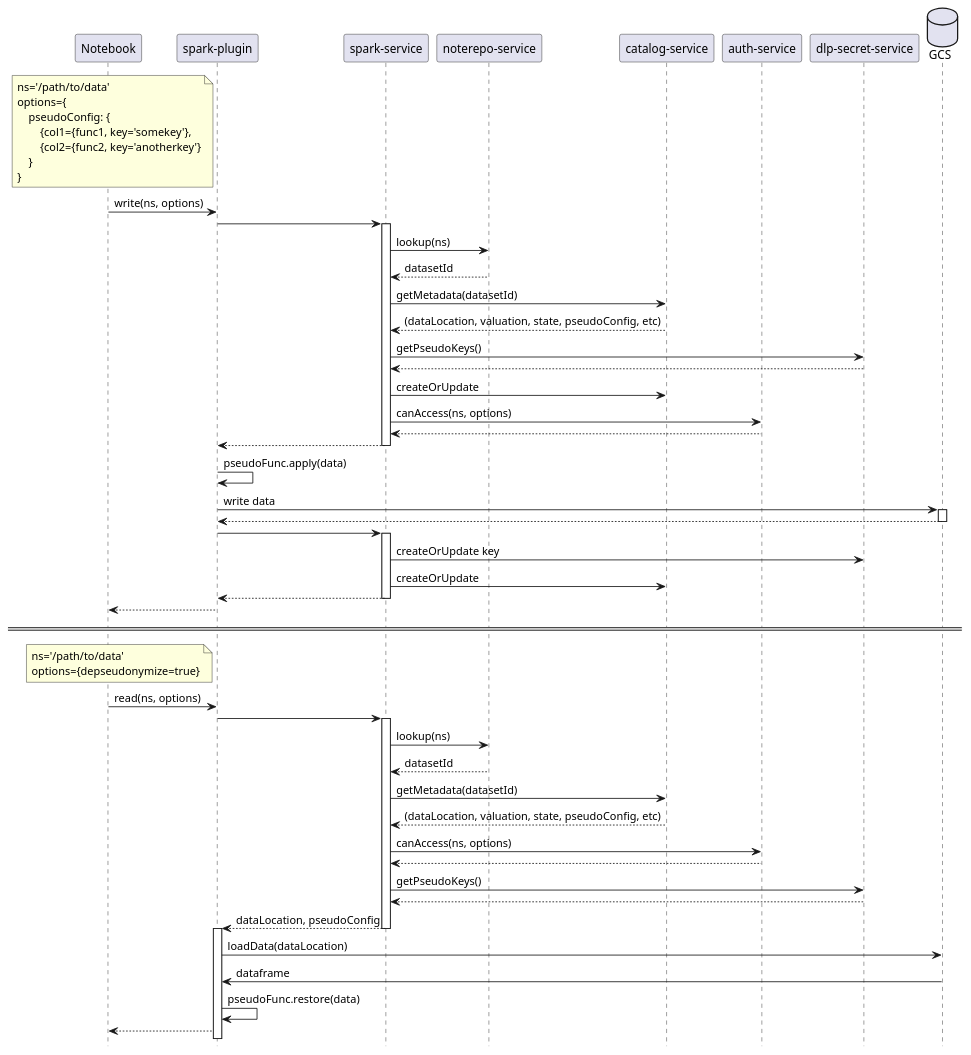
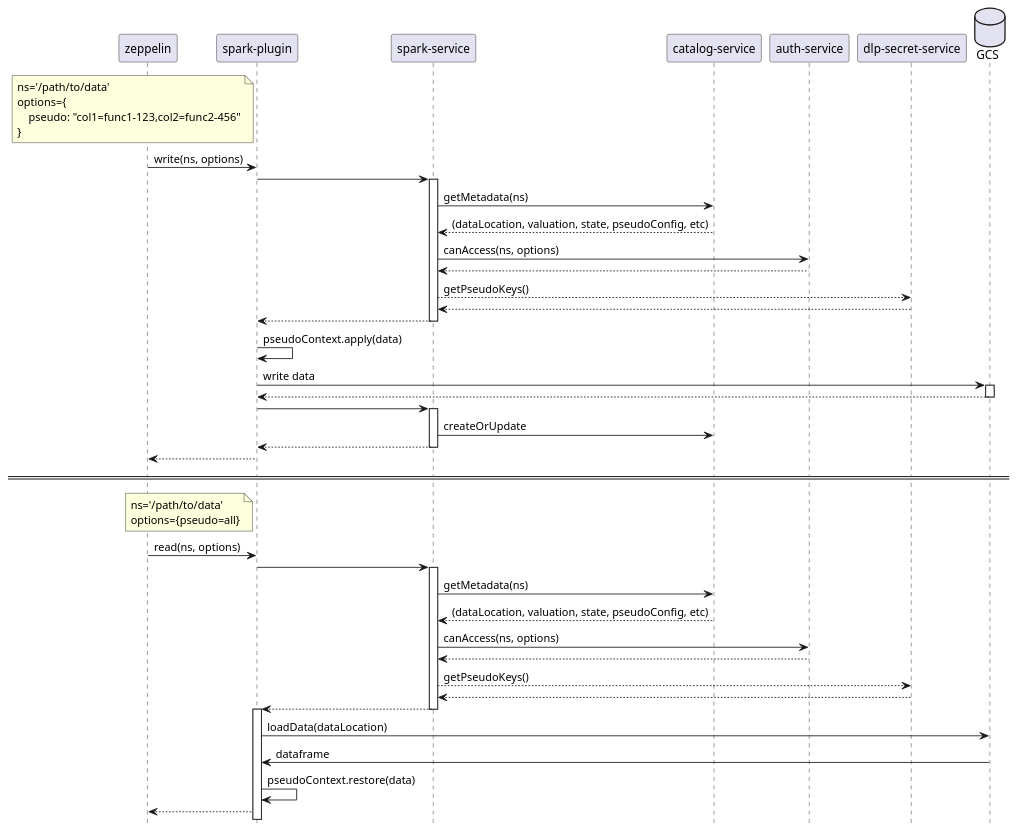
The diagram in doc/seq-pseudo-data-readwrite.puml (statisticsnorway/dapla-dlp-project), drawn with PlantUML before and after one commit. The commit also changed 1 other file, not shown here.

Commit message:
Update flow diagram

```diff
--- a/doc/seq-pseudo-data-readwrite.puml
+++ b/doc/seq-pseudo-data-readwrite.puml
@@ -1,86 +1,76 @@
 @startuml
 hide footbox
 
 ' Participants
 
-participant "Notebook" as Notebook
+participant "zeppelin" as Notebook
 participant "spark-plugin" as SparkPlugin
 participant "spark-service" as SparkService
-participant "noterepo-service" as NoterepoService
 participant "catalog-service" as CatalogService
 participant "auth-service" as AuthService
 participant "dlp-secret-service" as SecretService
 database "GCS" as GCS
 
 ' Write (and pseudonymize) data
 note left of SparkPlugin
     ns='/path/to/data'
     options={
-        pseudoConfig: {
-            {col1={func1, key='somekey'},
-            {col2={func2, key='anotherkey'}
-        }
+        pseudo: "col1=func1-123,col2=func2-456"
     }
 end note
 
 Notebook->SparkPlugin: write(ns, options)
 
 SparkPlugin->SparkService:
 
 activate SparkService
-SparkService->NoterepoService: lookup(ns)
-NoterepoService-->SparkService: datasetId
-SparkService->CatalogService: getMetadata(datasetId)
+SparkService->CatalogService: getMetadata(ns)
 CatalogService-->SparkService: (dataLocation, valuation, state, pseudoConfig, etc)
-SparkService->SecretService: getPseudoKeys()
-SecretService-->SparkService:
-SparkService->CatalogService: createOrUpdate
 SparkService->AuthService: canAccess(ns, options)
 AuthService-->SparkService:
+SparkService-->SecretService: getPseudoKeys()
+SecretService-->SparkService:
 SparkService-->SparkPlugin
 deactivate SparkService
 
-SparkPlugin->SparkPlugin: pseudoFunc.apply(data)
+SparkPlugin->SparkPlugin: pseudoContext.apply(data)
 
 SparkPlugin->GCS: write data
 activate GCS
 GCS-->SparkPlugin:
 deactivate GCS
 SparkPlugin->SparkService:
 activate SparkService
-SparkService->SecretService: createOrUpdate key
 SparkService->CatalogService: createOrUpdate
 SparkService-->SparkPlugin
 deactivate SparkService
 SparkPlugin-->Notebook
 ====
 
 ' Read depseudonymized data
 
 note left of SparkPlugin
     ns='/path/to/data'
-    options={depseudonymize=true}
+    options={pseudo=all}
 end note
 
 Notebook->SparkPlugin: read(ns, options)
 SparkPlugin->SparkService:
 activate SparkService
-SparkService->NoterepoService: lookup(ns)
-NoterepoService-->SparkService: datasetId
-SparkService->CatalogService: getMetadata(datasetId)
+SparkService->CatalogService: getMetadata(ns)
 CatalogService-->SparkService: (dataLocation, valuation, state, pseudoConfig, etc)
 SparkService->AuthService: canAccess(ns, options)
 AuthService-->SparkService:
-SparkService->SecretService: getPseudoKeys()
+SparkService-->SecretService: getPseudoKeys()
 SecretService-->SparkService:
-SparkService-->SparkPlugin: dataLocation, pseudoConfig
+SparkService-->SparkPlugin:
 deactivate SparkService
 
 activate SparkPlugin
 SparkPlugin->GCS: loadData(dataLocation)
 GCS->SparkPlugin: dataframe
 
-SparkPlugin->SparkPlugin: pseudoFunc.restore(data)
+SparkPlugin->SparkPlugin: pseudoContext.restore(data)
 SparkPlugin-->Notebook
 
 @enduml
```
